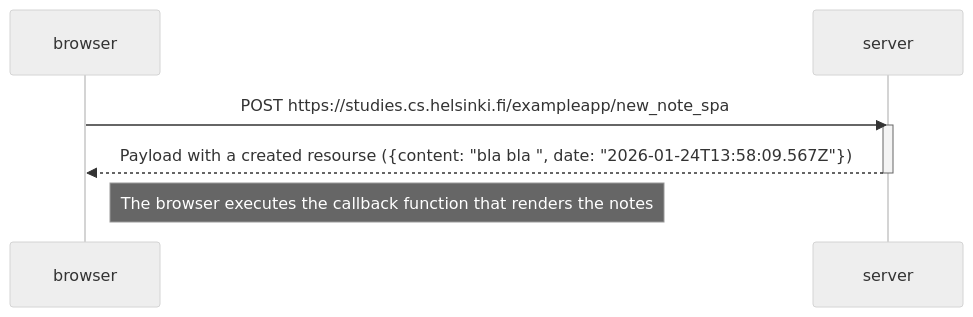
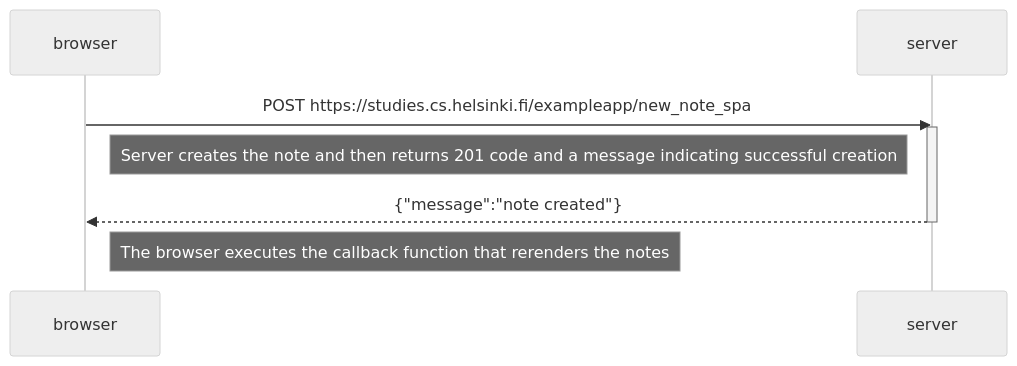
The diagram in part0/0.6:new-note-in-single-page-app-diagram.md (BoddyGus/The-Full-Stack-Open-Course), drawn with Mermaid (neutral theme) before and after one commit.

Commit message:
Fixing the diagram in task 0.6: New note in Single page app

````diff
--- a/part0/0.6:new-note-in-single-page-app-diagram.md
+++ b/part0/0.6:new-note-in-single-page-app-diagram.md
@@ -1,13 +1,14 @@
 ```mermaid
 sequenceDiagram
     participant browser
     participant server
 
     browser->>server: POST https://studies.cs.helsinki.fi/exampleapp/new_note_spa
     activate server
-    server-->>browser: Payload with a created resourse ({content: "bla bla ", date: "2026-01-24T13:58:09.567Z"})
+    Note left of server: Server creates the note and then returns 201 code and a message indicating successful creation
+    server-->>browser: {"message":"note created"}
     deactivate server
 
 
-    Note right of browser: The browser executes the callback function that renders the notes
+    Note right of browser: The browser executes the callback function that rerenders the notes
 ```
````
